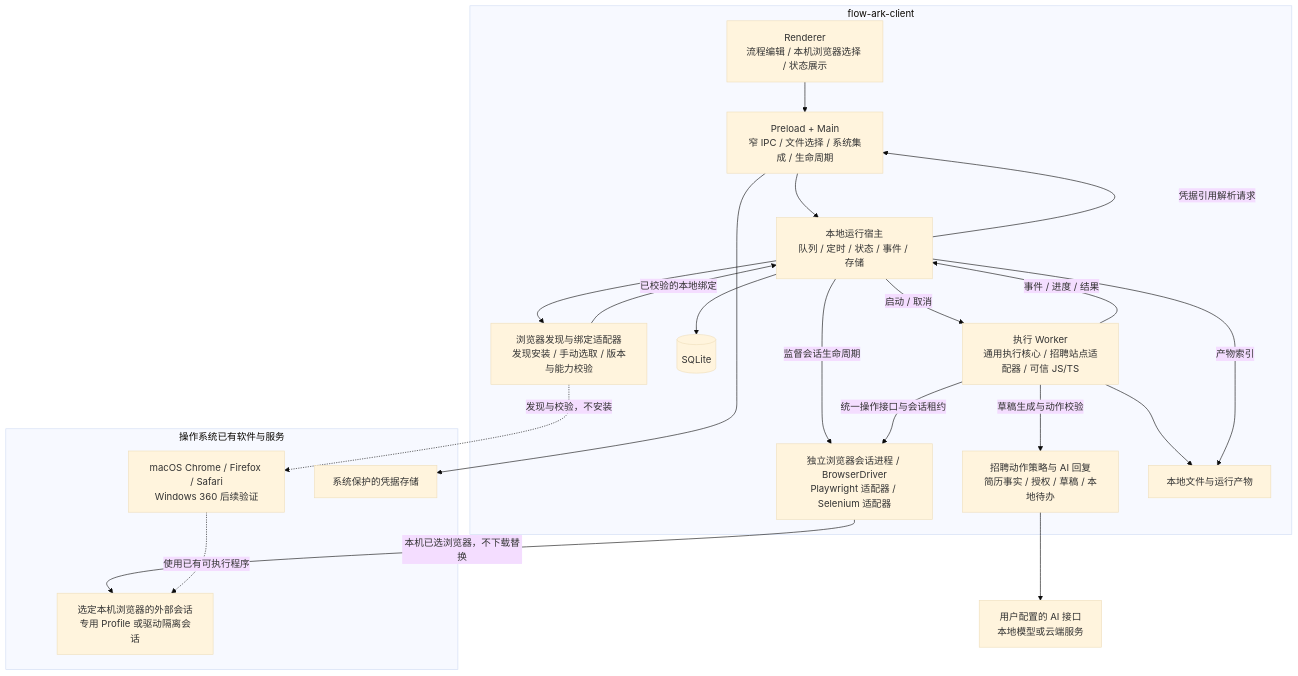
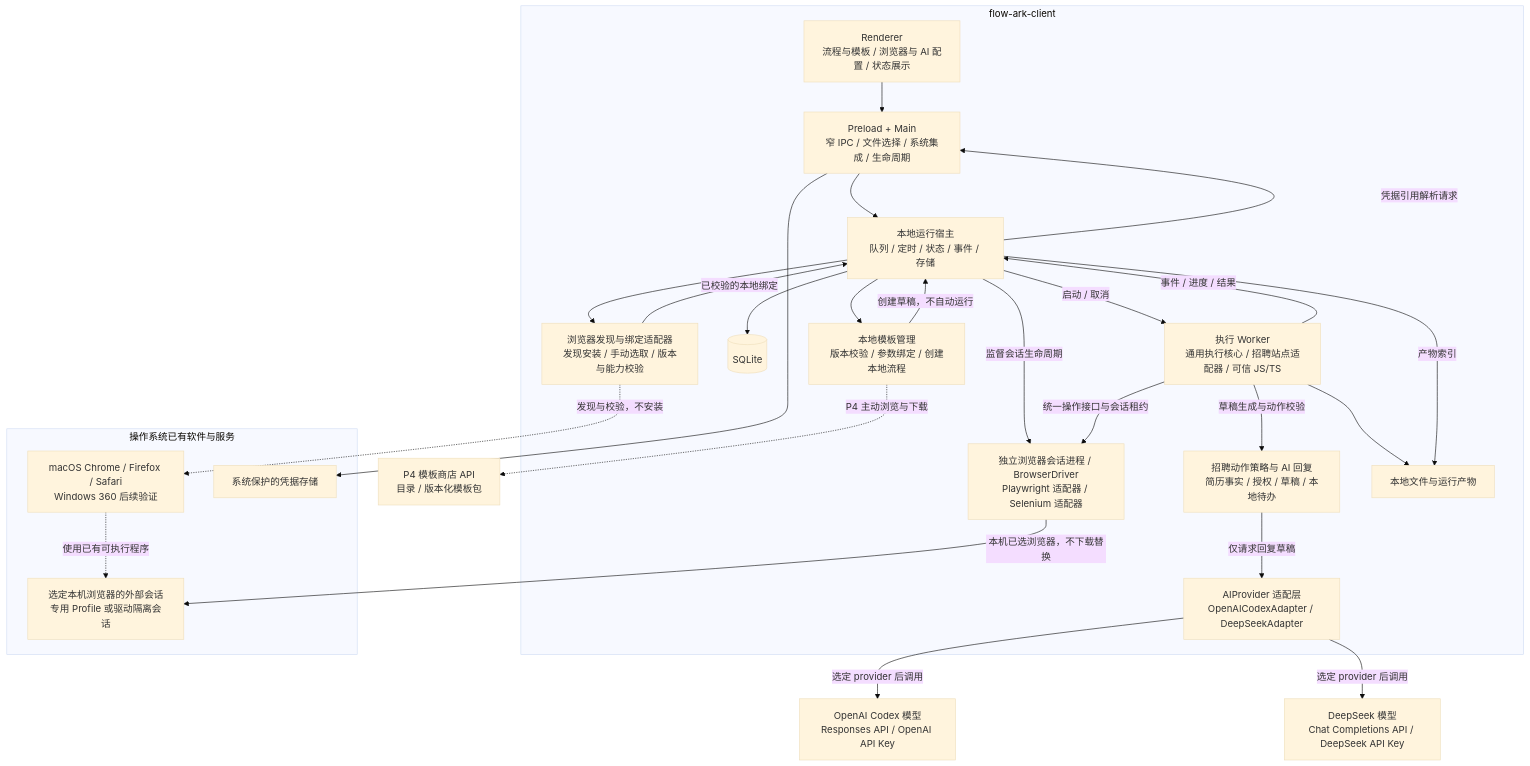
Before and after one commit to zhongmiao-org/flow-ark: the second of 6 diagrams in docs/architecture.md, drawn with Mermaid (base theme). The commit also changed other lines of this file and 5 other files, not shown here.

Commit message:
docs: plan template store and Codex DeepSeek providers

````diff
--- a/docs/architecture.md
+++ b/docs/architecture.md
@@ -65,38 +76,47 @@
 ```mermaid
 flowchart TB
     subgraph CLIENT["flow-ark-client"]
-        UI["Renderer<br/>流程编辑 / 本机浏览器选择 / 状态展示"]
+        UI["Renderer<br/>流程与模板 / 浏览器与 AI 配置 / 状态展示"]
         BR["Preload + Main<br/>窄 IPC / 文件选择 / 系统集成 / 生命周期"]
         HOST["本地运行宿主<br/>队列 / 定时 / 状态 / 事件 / 存储"]
         SELECT["浏览器发现与绑定适配器<br/>发现安装 / 手动选取 / 版本与能力校验"]
         DB[(SQLite)]
         WORKER["执行 Worker<br/>通用执行核心 / 招聘站点适配器 / 可信 JS/TS"]
         POLICY["招聘动作策略与 AI 回复<br/>简历事实 / 授权 / 草稿 / 本地待办"]
+        AIP["AIProvider 适配层<br/>OpenAICodexAdapter / DeepSeekAdapter"]
+        TEMPLATE["本地模板管理<br/>版本校验 / 参数绑定 / 创建本地流程"]
         DRIVER["独立浏览器会话进程 / BrowserDriver<br/>Playwright 适配器 / Selenium 适配器"]
         FILES["本地文件与运行产物"]
     end
     subgraph SYSTEM["操作系统已有软件与服务"]
         INSTALLED["macOS Chrome / Firefox / Safari<br/>Windows 360 后续验证"]
         WEB["选定本机浏览器的外部会话<br/>专用 Profile 或驱动隔离会话"]
         SECRET["系统保护的凭据存储"]
     end
-    MODEL["用户配置的 AI 接口<br/>本地模型或云端服务"]
+    CODEX["OpenAI Codex 模型<br/>Responses API / OpenAI API Key"]
+    DEEPSEEK["DeepSeek 模型<br/>Chat Completions API / DeepSeek API Key"]
+    STORE["P4 模板商店 API<br/>目录 / 版本化模板包"]
     UI --> BR
     BR --> HOST
     HOST --> DB
+    HOST --> TEMPLATE
+    TEMPLATE -. "P4 主动浏览与下载" .-> STORE
+    TEMPLATE -->|"创建草稿，不自动运行"| HOST
     HOST --> SELECT
     SELECT -. "发现与校验，不安装" .-> INSTALLED
     SELECT -->|"已校验的本地绑定"| HOST
     HOST -->|"启动 / 取消"| WORKER
     WORKER -->|"事件 / 进度 / 结果"| HOST
     HOST -->|"监督会话生命周期"| DRIVER
     WORKER -->|"草稿生成与动作校验"| POLICY
-    POLICY --> MODEL
+    POLICY -->|"仅请求回复草稿"| AIP
+    AIP -->|"选定 provider 后调用"| CODEX
+    AIP -->|"选定 provider 后调用"| DEEPSEEK
     WORKER -->|"统一操作接口与会话租约"| DRIVER
     DRIVER -->|"本机已选浏览器，不下载替换"| WEB
     INSTALLED -. "使用已有可执行程序" .-> WEB
     WORKER --> FILES
     HOST -->|"产物索引"| FILES
     BR --> SECRET
     HOST -->|"凭据引用解析请求"| BR
 ```
````
